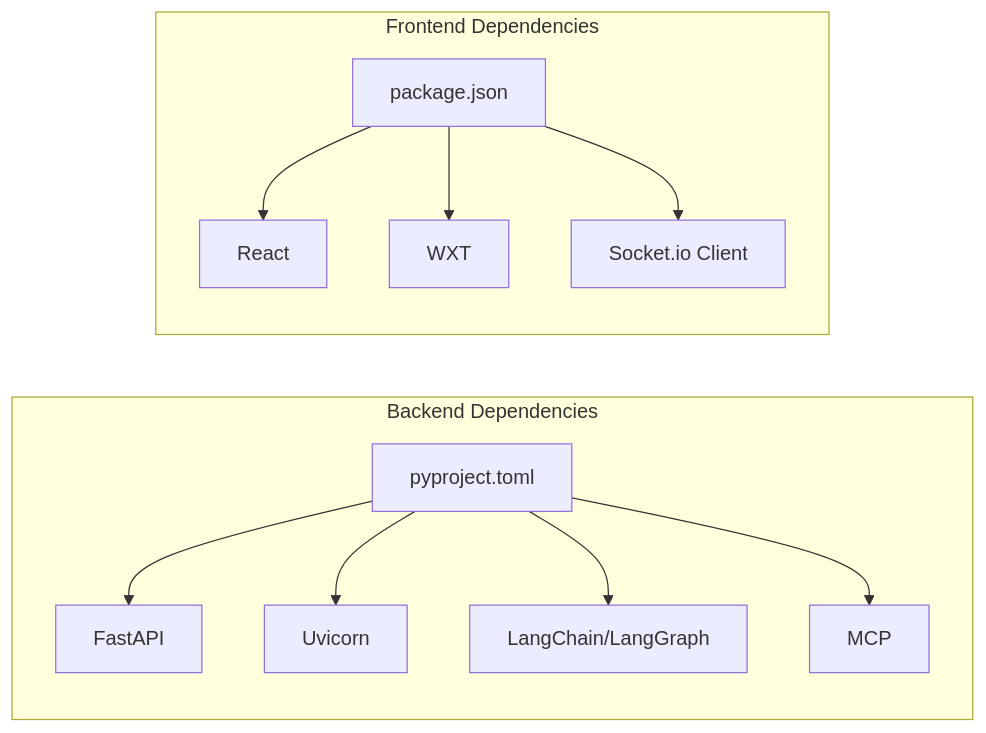
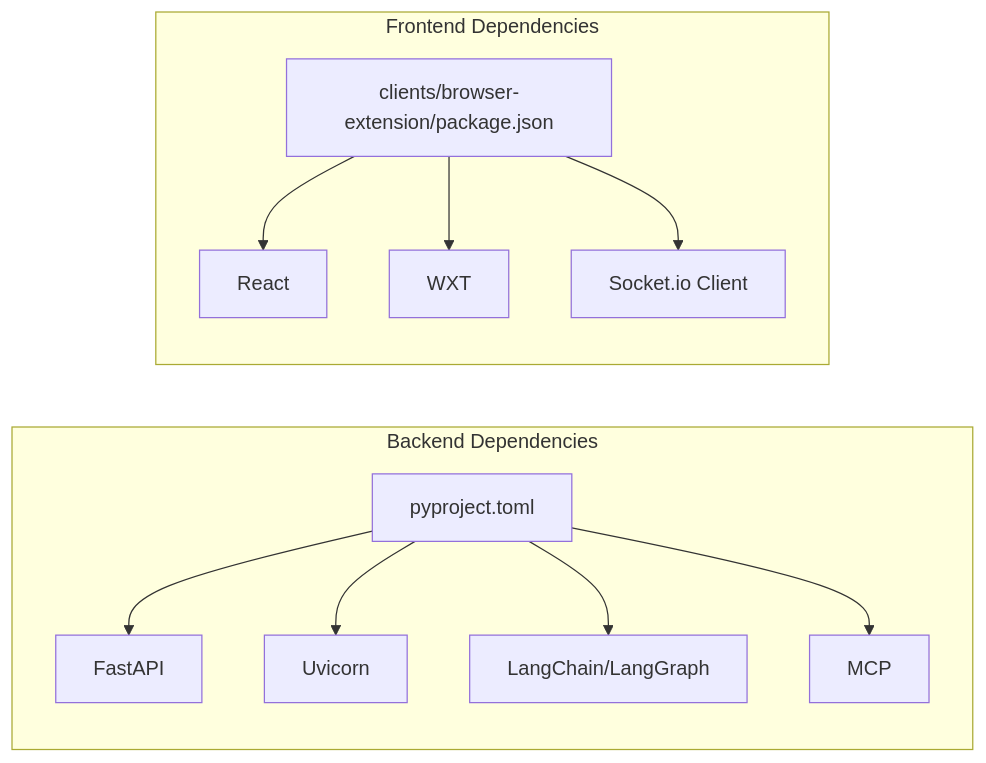
One commit to tashifkhan/tashif.codes changed the sixth of 6 diagrams in src/data/docs/agentic-browser/Getting Started.md. Above: the diagram before and after it, drawn with Mermaid. The commit also changed other lines of this file and 2128 other files, not shown here.

First line of the commit message:
docs: replace raster diagram images with native Mermaid across project guides

````diff
--- a/src/data/docs/agentic-browser/Getting Started.md
+++ b/src/data/docs/agentic-browser/Getting Started.md
@@ -250,23 +264,23 @@
 ```mermaid
 graph LR
 subgraph "Backend Dependencies"
 P["pyproject.toml"]
 F["FastAPI"]
 U["Uvicorn"]
 L["LangChain/LangGraph"]
 M["MCP"]
 end
 subgraph "Frontend Dependencies"
-N["package.json"]
+N["clients/browser-extension/package.json"]
 R["React"]
 W["WXT"]
 S["Socket.io Client"]
 end
 P --> F
 P --> U
 P --> L
 P --> M
 N --> R
 N --> W
 N --> S
 ```
````
